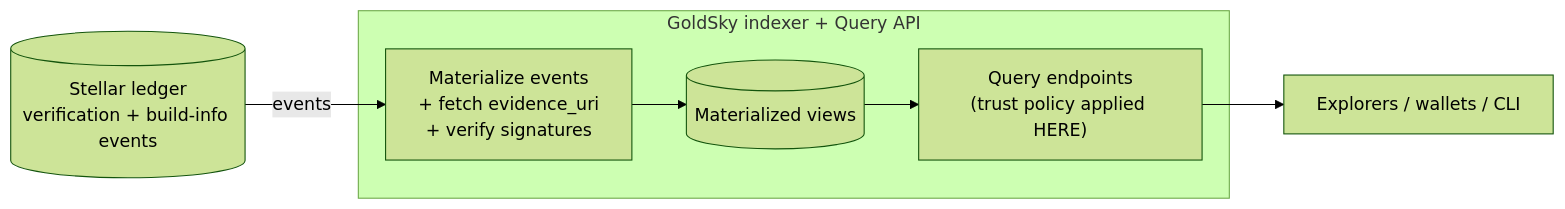
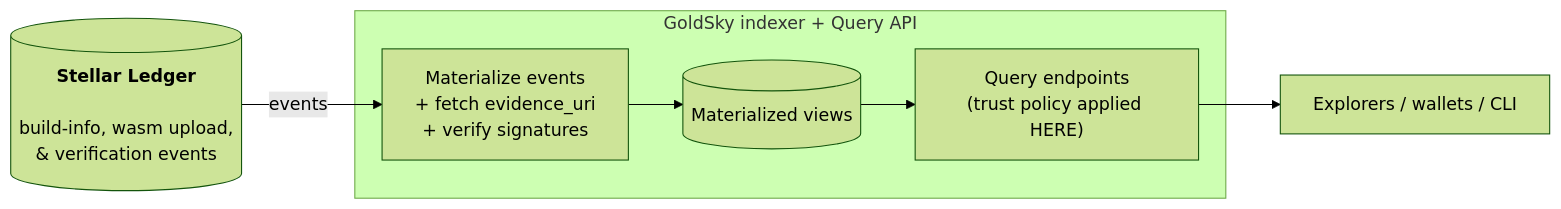
The fourth of 4 diagrams in rfps/technical-architecture-highlevel.md (stellar-registry/cli), drawn with Mermaid (forest theme) before and after one commit.

````diff
--- a/rfps/technical-architecture-highlevel.md
+++ b/rfps/technical-architecture-highlevel.md
@@ -141,11 +141,11 @@
 ```mermaid
 flowchart LR
-  Chain[(Stellar ledger<br/>verification + build-info events)]
+  Chain[(<b>Stellar Ledger</b><br/><br/>build-info, wasm upload,<br/>& verification events)]
   subgraph Node["GoldSky indexer + Query API"]
     Mat["Materialize events<br/>+ fetch evidence_uri<br/>+ verify signatures"]
     Views[(Materialized views)]
     Ends["Query endpoints<br/>(trust policy applied HERE)"]
   end
   Cons["Explorers / wallets / CLI"]
   Chain -->|events| Mat --> Views --> Ends --> Cons
 ```
````
